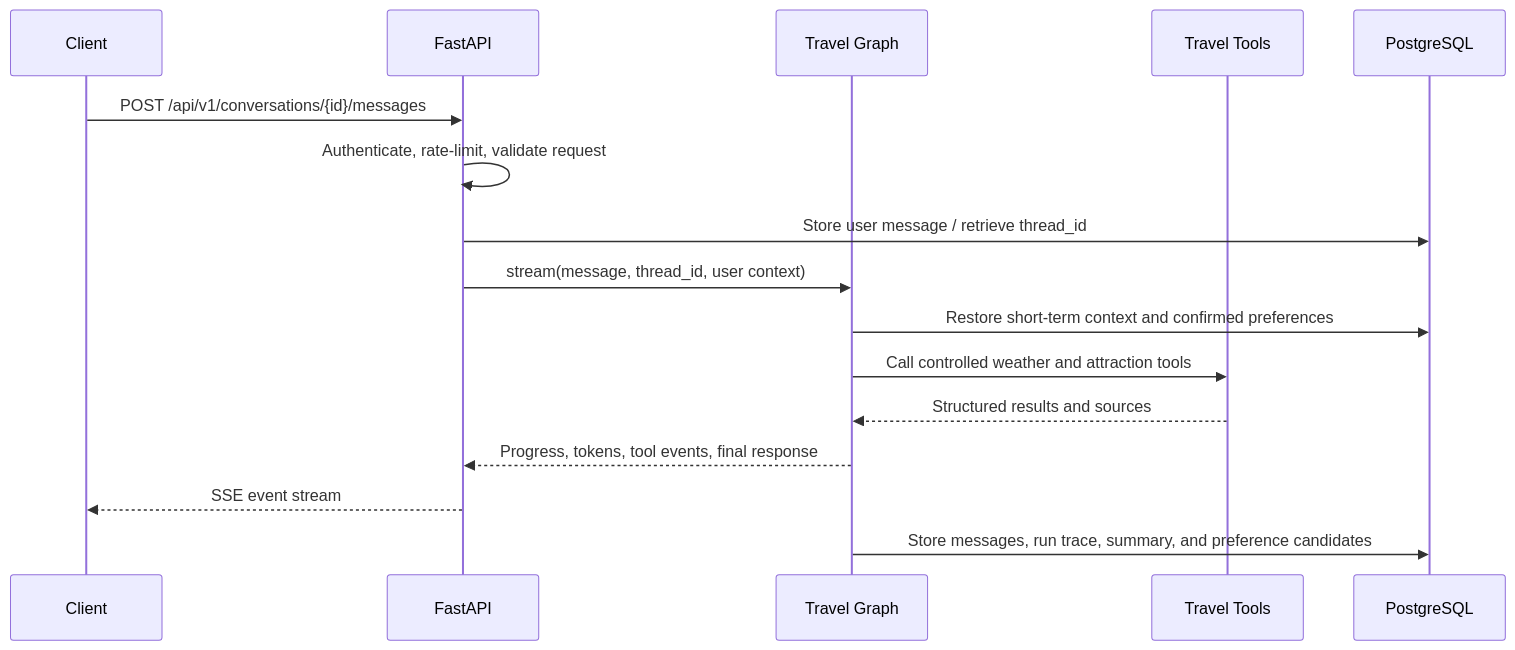
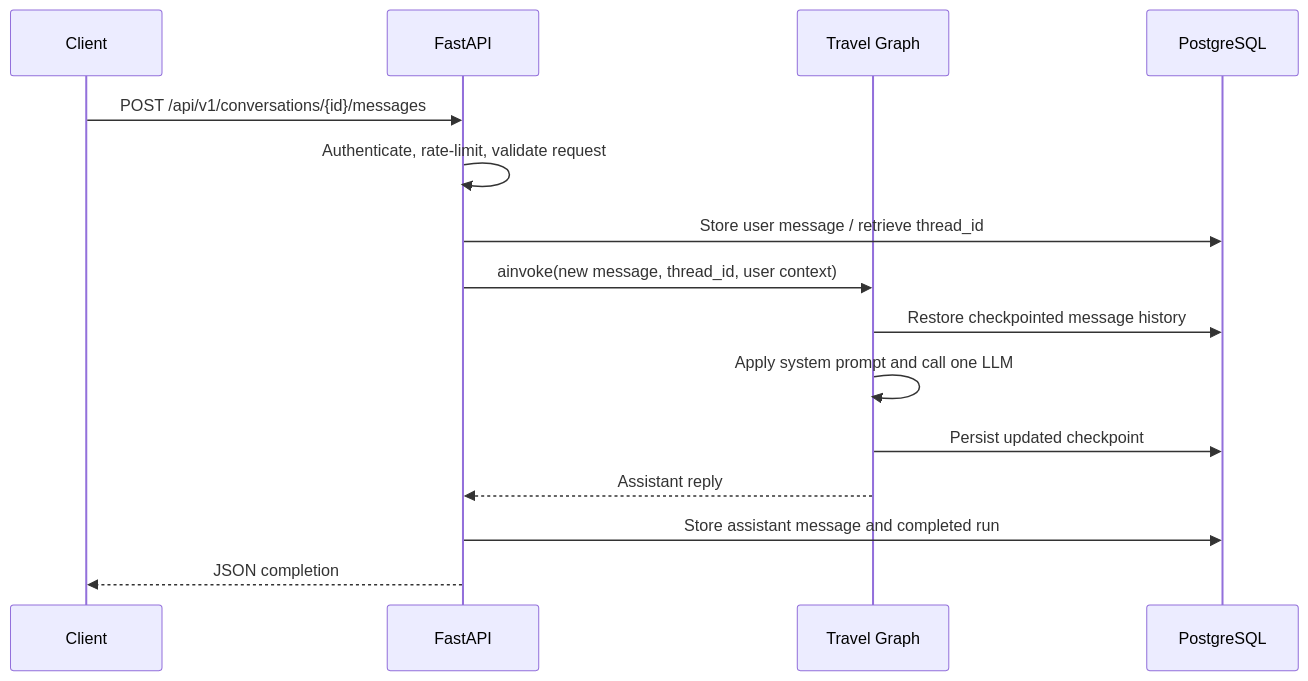
One commit to DOcrazyG/travel_assistant changed the second of 3 diagrams in docs/architecture-design.md. Above: the diagram before and after it, drawn with Mermaid. The commit also changed other lines of this file and 6 other files, not shown here.

````diff
--- a/docs/architecture-design.md
+++ b/docs/architecture-design.md
@@ -60,19 +59,18 @@
 ```mermaid
 sequenceDiagram
     participant C as Client
     participant A as FastAPI
     participant G as Travel Graph
-    participant T as Travel Tools
     participant D as PostgreSQL
 
     C->>A: POST /api/v1/conversations/{id}/messages
     A->>A: Authenticate, rate-limit, validate request
     A->>D: Store user message / retrieve thread_id
-    A->>G: stream(message, thread_id, user context)
-    G->>D: Restore short-term context and confirmed preferences
-    G->>T: Call controlled weather and attraction tools
-    T-->>G: Structured results and sources
-    G-->>A: Progress, tokens, tool events, final response
-    A-->>C: SSE event stream
-    G->>D: Store messages, run trace, summary, and preference candidates
+    A->>G: ainvoke(new message, thread_id, user context)
+    G->>D: Restore checkpointed message history
+    G->>G: Apply system prompt and call one LLM
+    G->>D: Persist updated checkpoint
+    G-->>A: Assistant reply
+    A->>D: Store assistant message and completed run
+    A-->>C: JSON completion
 ```
````
